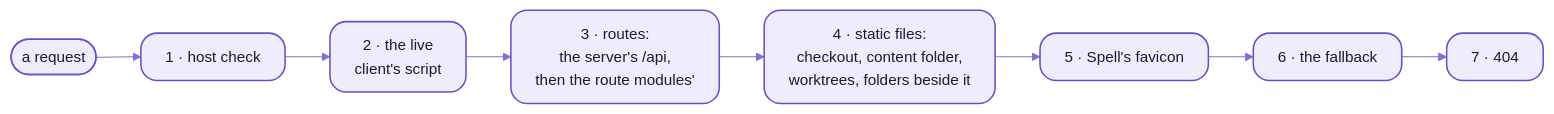
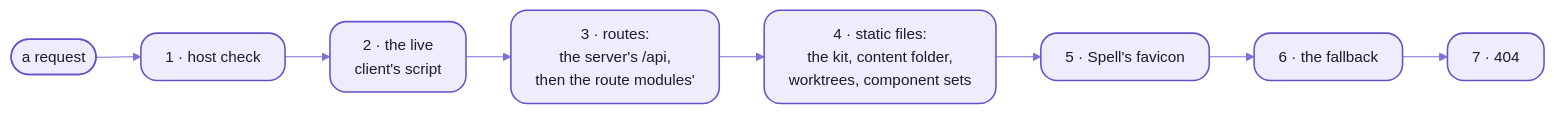
One commit to spell-app/spell changed the first of 6 diagrams in README-server.md. Above: the diagram before and after it, drawn with Mermaid. The commit also changed other lines of this file and 3 other files, not shown here.

````diff
--- a/README-server.md
+++ b/README-server.md
@@ -148,15 +218,15 @@
 ```mermaid
 %%{init: {"theme":"base","themeVariables":{"fontFamily":"-apple-system, BlinkMacSystemFont, Segoe UI, Helvetica, Arial, sans-serif","fontSize":"15px","primaryColor":"#EFECFB","primaryBorderColor":"#6550CA","primaryTextColor":"#1A1C27","secondaryColor":"#F4F1E9","tertiaryColor":"#F7F6FC","lineColor":"#7F6FD6","textColor":"#7F6FD6","clusterBkg":"#F7F6FC","clusterBorder":"#B9B0E8","titleColor":"#1A1C27","edgeLabelBackground":"#F7F6FC","actorBkg":"#EFECFB","actorBorder":"#6550CA","actorTextColor":"#1A1C27","actorLineColor":"#9C90DE","signalColor":"#7F6FD6","signalTextColor":"#7F6FD6","labelBoxBkgColor":"#EFECFB","labelBoxBorderColor":"#6550CA","labelTextColor":"#1A1C27","loopTextColor":"#7F6FD6","noteBkgColor":"#F1E7D4","noteBorderColor":"#C9B48A","noteTextColor":"#1A1C27","activationBkgColor":"#DCD6F7","activationBorderColor":"#6550CA","sequenceNumberColor":"#FFFFFF"},"flowchart":{"curve":"basis","padding":12,"nodeSpacing":40,"rankSpacing":44}}}%%
 flowchart LR
   request([a request]) --> host["1 · host check"]
   host --> live["2 · the live<br/>client's script"]
   live --> routes["3 · routes:<br/>the server's /api,<br/>then the route modules'"]
-  routes --> files["4 · static files:<br/>checkout, content folder,<br/>worktrees, folders beside it"]
+  routes --> files["4 · static files:<br/>the kit, content folder,<br/>worktrees, component sets"]
   files --> favicon["5 · Spell's favicon"]
   favicon --> fallback["6 · the fallback"]
   fallback --> notfound["7 · 404"]
   %% the Spell look:  yarn mermaid:pretty
   classDef default fill:#EFECFB,stroke:#6550CA,stroke-width:1.5px,color:#1A1C27,rx:8px,ry:8px
   classDef step fill:#EFECFB,stroke:#6550CA,stroke-width:1.5px,color:#1A1C27,rx:16px,ry:16px
   class host,live,routes,files,favicon,fallback,notfound step
 ```
````
